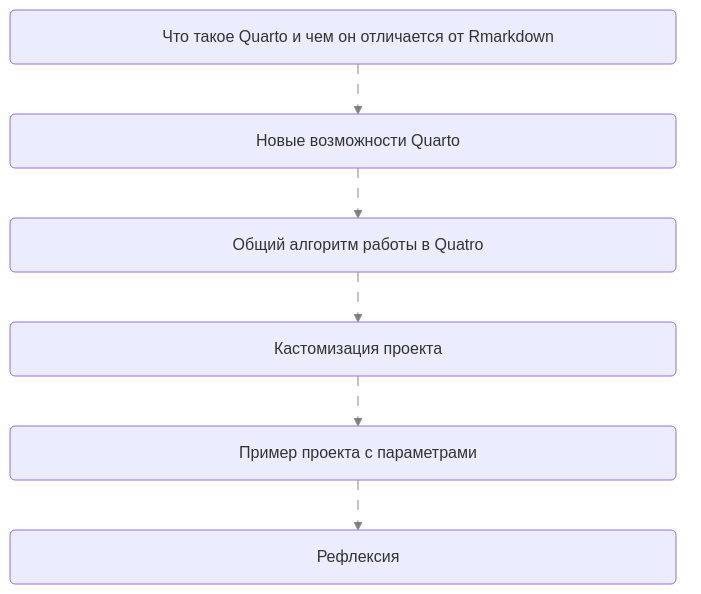
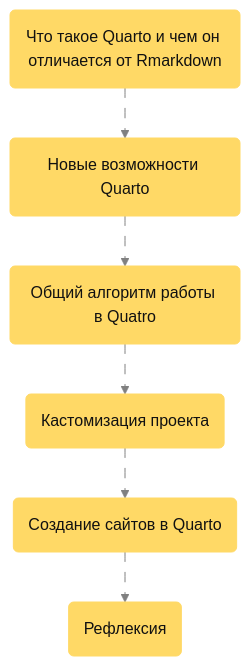
Before and after one commit to Marwolaeth/OTUS_R4DA: the diagram in 01-Quarto/common.qmd, drawn with Mermaid. The commit also changed other lines of this file and 8 other files, not shown here.

````diff
--- a/01-Quarto/common.qmd
+++ b/01-Quarto/common.qmd
@@ -92,23 +93,24 @@
 ```{mermaid webinar-route}
 %%| fig-align: left
-%%{ init: { 'flowchart': { 'curve': 'bumpX' } } }%%
+
 flowchart TD
   A(Что такое Quarto и чем он отличается от Rmarkdown)
-  N(Новые возможности Quarto)
-  G(Общий алгоритм работы в Quatro)
-  C(Кастомизация проекта)
-  E(Пример проекта с параметрами)
-  R(Рефлексия)
+  N(Новые возможности Quarto                         )
+  G(Общий алгоритм работы в Quatro                   )
+  C(Кастомизация проекта                             )
+  E(Создание сайтов в Quarto                         )
+  R(Рефлексия                                        )
   
   A --> N --> G --> C --> E --> R
   
   classDef monowidth width:666px,float:left;
-  class A monowidth
-  class N monowidth
-  class G monowidth
-  class C monowidth
-  class E monowidth
-  class R monowidth
+  classDef otus-route fill:#FFD966,stroke:#FFD966,color:#111111;
+  class A otus-route
+  class N otus-route
+  class G otus-route
+  class C otus-route
+  class E otus-route
+  class R otus-route
   
   linkStyle default fill:none,stroke-dasharray:10,stroke:grey;
 ```
````
